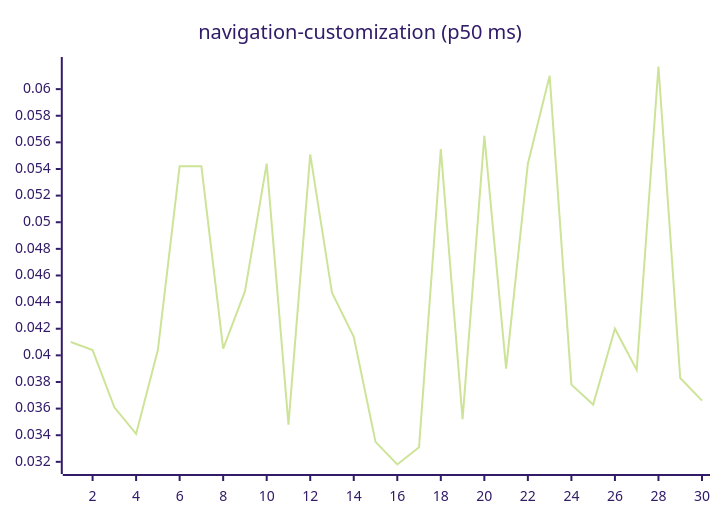
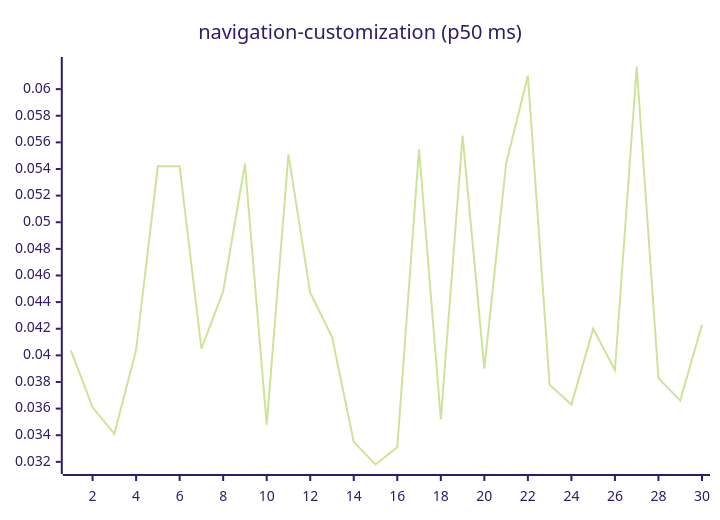
Diagram 15 of 27 in README.md (josha/Facet), drawn with Mermaid (forest theme) before and after one commit. The commit also changed other lines of this file and 2 other files, not shown here.

````diff
--- a/README.md
+++ b/README.md
@@ -161,6 +161,6 @@
 ```mermaid
 xychart-beta
     title "navigation-customization (p50 ms)"
     x-axis 1 --> 30
-    line [0.0410, 0.0404, 0.0361, 0.0341, 0.0404, 0.0542, 0.0542, 0.0405, 0.0448, 0.0544, 0.0348, 0.0551, 0.0447, 0.0414, 0.0335, 0.0318, 0.0331, 0.0555, 0.0352, 0.0565, 0.0390, 0.0544, 0.0610, 0.0378, 0.0363, 0.0420, 0.0389, 0.0617, 0.0383, 0.0366]
+    line [0.0404, 0.0361, 0.0341, 0.0404, 0.0542, 0.0542, 0.0405, 0.0448, 0.0544, 0.0348, 0.0551, 0.0447, 0.0414, 0.0335, 0.0318, 0.0331, 0.0555, 0.0352, 0.0565, 0.0390, 0.0544, 0.0610, 0.0378, 0.0363, 0.0420, 0.0389, 0.0617, 0.0383, 0.0366, 0.0423]
 ```
````
